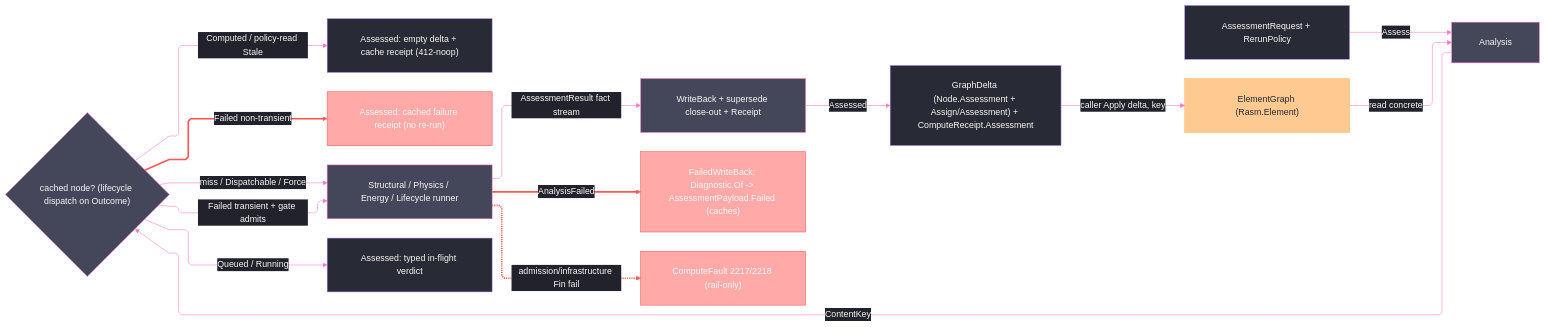
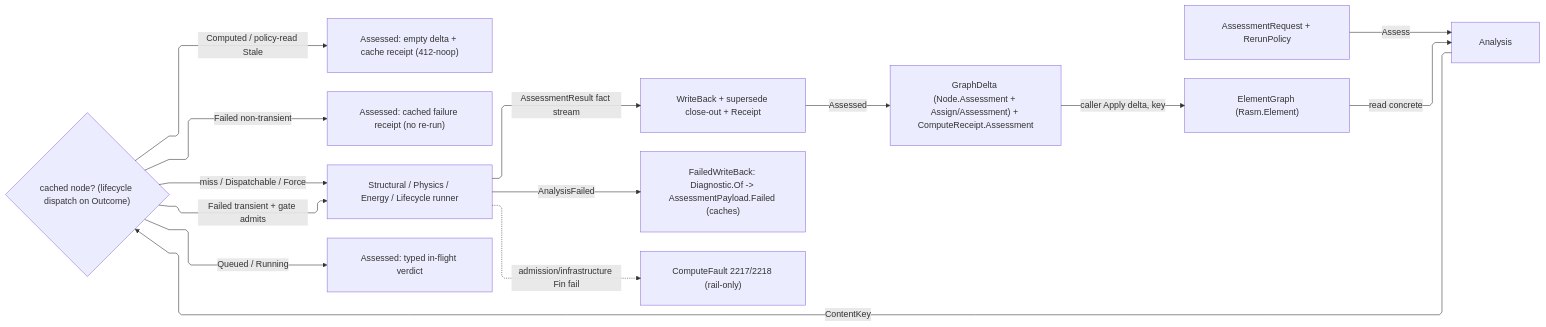
One commit to bsamiee/Rasm changed the diagram in libs/csharp/Rasm.Compute/.planning/Analysis/assessment.md. Above: the diagram before and after it, drawn with Mermaid. The commit also changed 324 other files, not shown here.

````diff
--- a/libs/csharp/Rasm.Compute/.planning/Analysis/assessment.md
+++ b/libs/csharp/Rasm.Compute/.planning/Analysis/assessment.md
@@ -693,50 +693,25 @@
 ```mermaid
 ---
 config:
-  theme: base
-  look: classic
   layout: elk
   flowchart:
     curve: linear
     padding: 25
-  themeVariables:
-    darkMode: true
-    fontFamily: "SF Mono, Menlo, Cascadia Mono, Segoe UI Mono, Consolas, monospace"
-    useGradient: false
-    dropShadow: "none"
-    background: "#282A36"
-    primaryColor: "#44475A"
-    primaryTextColor: "#F8F8F2"
-    primaryBorderColor: "#BD93F9"
-    lineColor: "#FF79C6"
-    textColor: "#F8F8F2"
-    edgeLabelBackground: "#21222C"
-    labelBackgroundColor: "#21222C"
-  themeCSS: ".nodeLabel{font-size:13px;font-weight:500}.edgeLabel{font-size:12px;font-weight:500}.cluster-label .nodeLabel{font-size:13.5px;font-weight:700;letter-spacing:.08em}.edge-thickness-normal{stroke-width:2px}.edge-thickness-thick{stroke-width:3px}.edge-pattern-dashed,.edge-pattern-dotted{stroke-width:1.5px;stroke-dasharray:4 6}.node rect,.node circle,.node polygon,.node path,.node .outer-path{stroke-width:1.5px;filter:none!important}.cluster rect{stroke-width:1px!important;stroke-dasharray:5 4!important;filter:none!important}.marker path{transform:scale(.8);transform-origin:5px 5px}.marker circle{transform:scale(.48);transform-origin:5px 5px}.edgeLabel rect{transform-box:fill-box;transform-origin:center;transform:scale(1.1,1.2)}"
 ---
 flowchart LR
     accTitle: Rasm.Compute assessment rail
     accDescr: A polymorphic assessment request plus a rerun policy routes over the seam discipline to a discipline runner that reads the concrete element graph; the spine content-keys the input subgraph and route, returns a cache-first 412-noop when the content-addressed assessment node already exists, else the runner folds its discipline-specific input into one uniform assessment-result fact stream and the spine writes one content-addressed assessment node back to the graph attached to every target through the neutral assign edge with sub-kind assessment, returning one assessed value carrying the graph delta the caller applies and the compute-receipt the telemetry rail emits.
     AssessmentRequest["AssessmentRequest + RerunPolicy"] -->|Assess| Analysis["Analysis"]
     ElementGraph["ElementGraph (Rasm.Element)"] -->|read concrete| Analysis
     Analysis -->|ContentKey| Dedup{"cached node? (lifecycle dispatch on Outcome)"}
     Dedup -->|Computed / policy-read Stale| Noop["Assessed: empty delta + cache receipt (412-noop)"]
     Dedup -->|Failed non-transient| CachedFail["Assessed: cached failure receipt (no re-run)"]
     Dedup -->|Failed transient + gate admits| Runner
     Dedup -->|Queued / Running| InFlight["Assessed: typed in-flight verdict"]
     Dedup -->|miss / Dispatchable / Force| Runner["Structural / Physics / Energy / Lifecycle runner"]
     Runner -->|AssessmentResult fact stream| WriteBack["WriteBack + supersede close-out + Receipt"]
     Runner -->|AnalysisFailed| FailedWB["FailedWriteBack: Diagnostic.Of -> AssessmentPayload.Failed (caches)"]
     Runner -.->|admission/infrastructure Fin fail| ComputeFault["ComputeFault 2217/2218 (rail-only)"]
     WriteBack -->|Assessed| Out["GraphDelta (Node.Assessment + Assign/Assessment) + ComputeReceipt.Assessment"]
     Out -->|caller Apply delta, key| ElementGraph
-    linkStyle 4,9,10 stroke:#FF5555,stroke-width:3px,color:#F8F8F2
-    classDef boundary fill:#282A36,stroke:#BD93F9,color:#F8F8F2
-    classDef error fill:#FF555580,stroke:#FF5555,color:#F8F8F2
-    classDef primary fill:#44475A,stroke:#FF79C6,color:#F8F8F2
-    classDef data fill:#FFB86CBF,stroke:#FFB86C,color:#282A36
-    class AssessmentRequest,Noop,InFlight,Out boundary
-    class CachedFail,FailedWB,ComputeFault error
-    class Analysis,Dedup,Runner,WriteBack primary
-    class ElementGraph data
 ```
````
